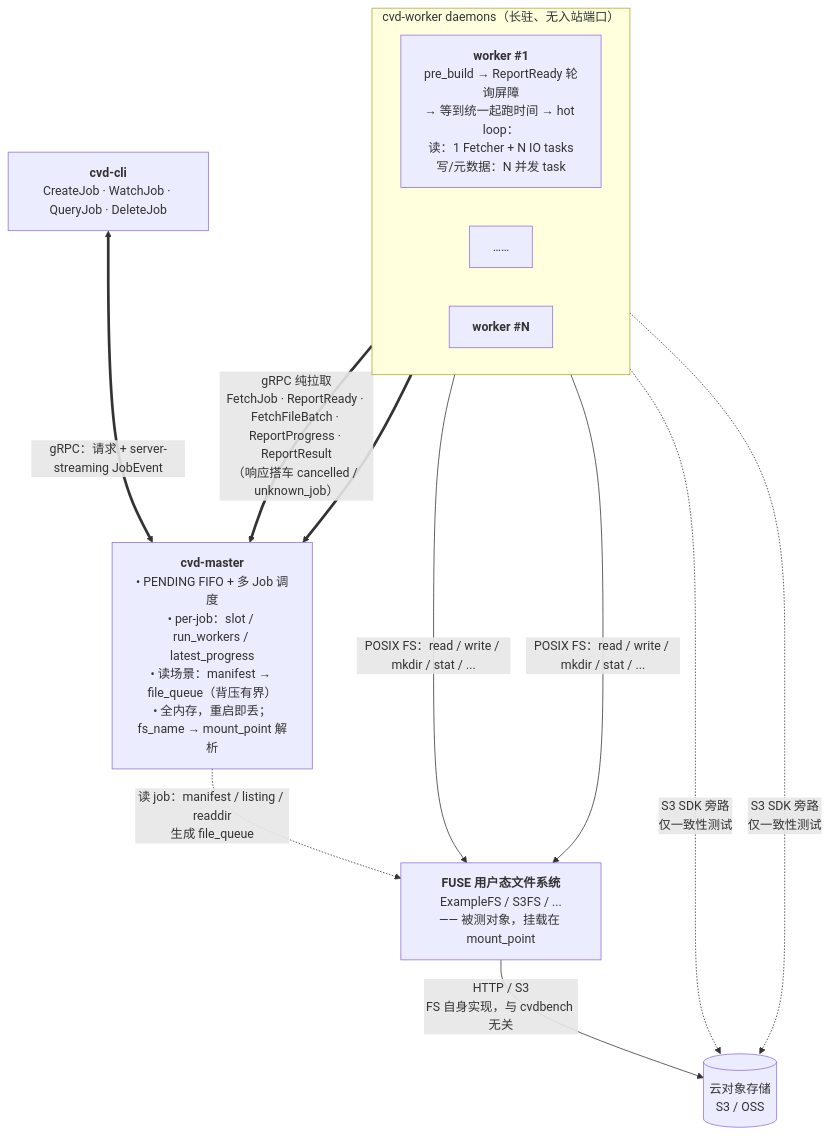
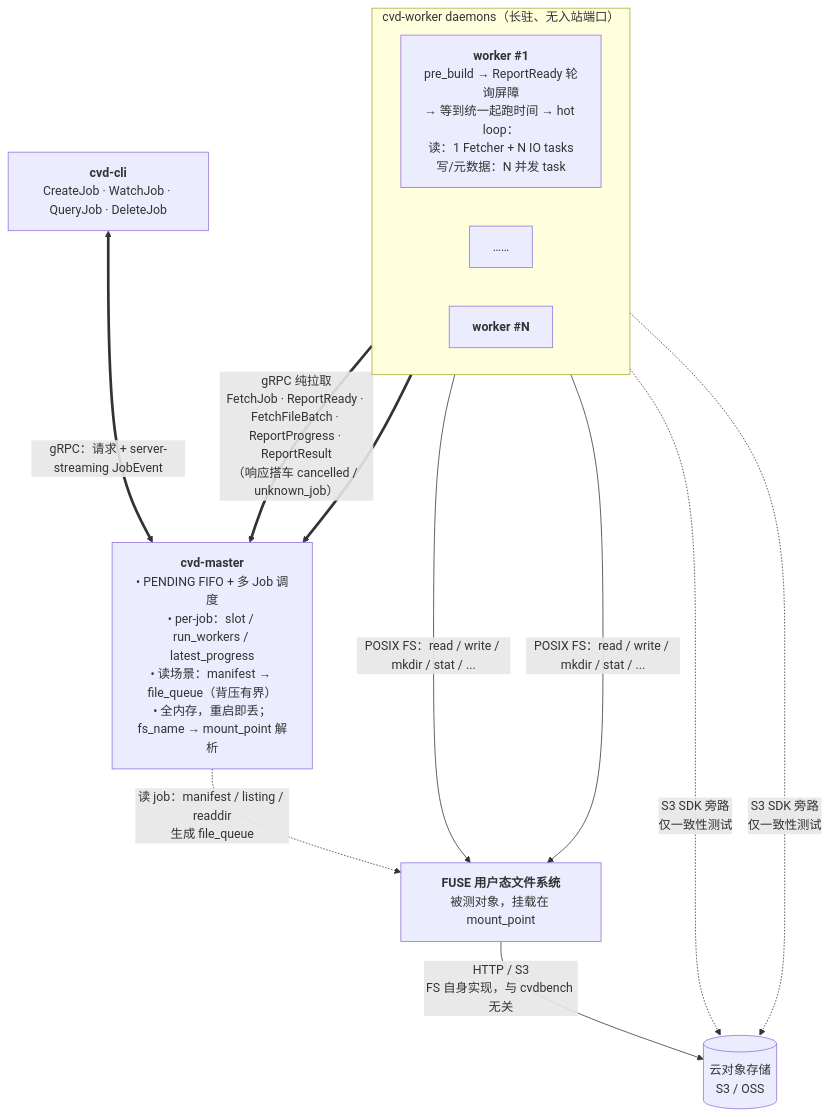
Before and after one commit to yangcx000/cvdbench: the diagram in README.md, drawn with Mermaid. The commit also changed other lines of this file and 1 other file, not shown here.

Commit message:
docs: remove filesystem example names

````diff
--- a/README.md
+++ b/README.md
@@ -23,25 +23,25 @@
 ```mermaid
 flowchart TB
     cli["<b>cvd-cli</b><br/>CreateJob · WatchJob · QueryJob · DeleteJob"]
     master["<b>cvd-master</b><br/>• PENDING FIFO + 多 Job 调度<br/>• per-job：slot / run_workers / latest_progress<br/>• 读场景：manifest → file_queue（背压有界）<br/>• 全内存，重启即丢；fs_name → mount_point 解析"]
 
     subgraph workers ["cvd-worker daemons（长驻、无入站端口）"]
         direction LR
         w1["<b>worker #1</b><br/>pre_build → ReportReady 轮询屏障<br/>→ 等到统一起跑时间 → hot loop：<br/>读：1 Fetcher + N IO tasks<br/>写/元数据：N 并发 task"]
         wdots["……"]
         wN["<b>worker #N</b>"]
     end
 
-    fuse["<b>FUSE 用户态文件系统</b><br/>ExampleFS / S3FS / ...<br/>—— 被测对象，挂载在 mount_point"]
+    fuse["<b>FUSE 用户态文件系统</b><br/>被测对象，挂载在 mount_point"]
     s3[("云对象存储<br/>S3 / OSS")]
 
     cli <==>|"gRPC：请求 + server-streaming JobEvent"| master
     w1  ==>|"gRPC 纯拉取<br/>FetchJob · ReportReady · FetchFileBatch · ReportProgress · ReportResult<br/>（响应搭车 cancelled / unknown_job）"| master
     wN  ==> master
     w1  -->|"POSIX FS：read / write / mkdir / stat / ..."| fuse
     wN  -->|"POSIX FS：read / write / mkdir / stat / ..."| fuse
     master -.->|"读 job：manifest / listing / readdir<br/>生成 file_queue"| fuse
     fuse -->|"HTTP / S3<br/>FS 自身实现，与 cvdbench 无关"| s3
     w1  -.->|"S3 SDK 旁路<br/>仅一致性测试"| s3
     wN  -.->|"S3 SDK 旁路<br/>仅一致性测试"| s3
 ```
````
